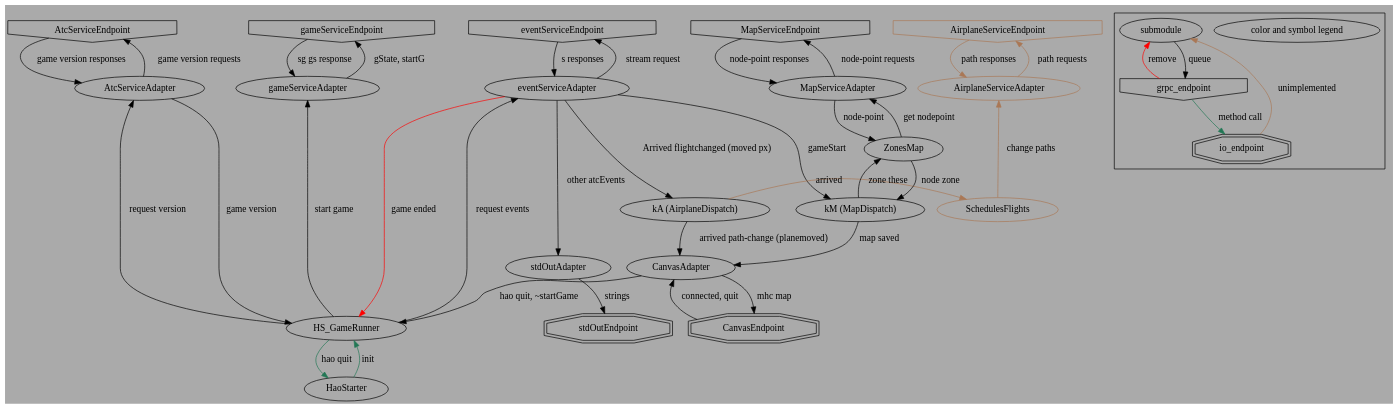
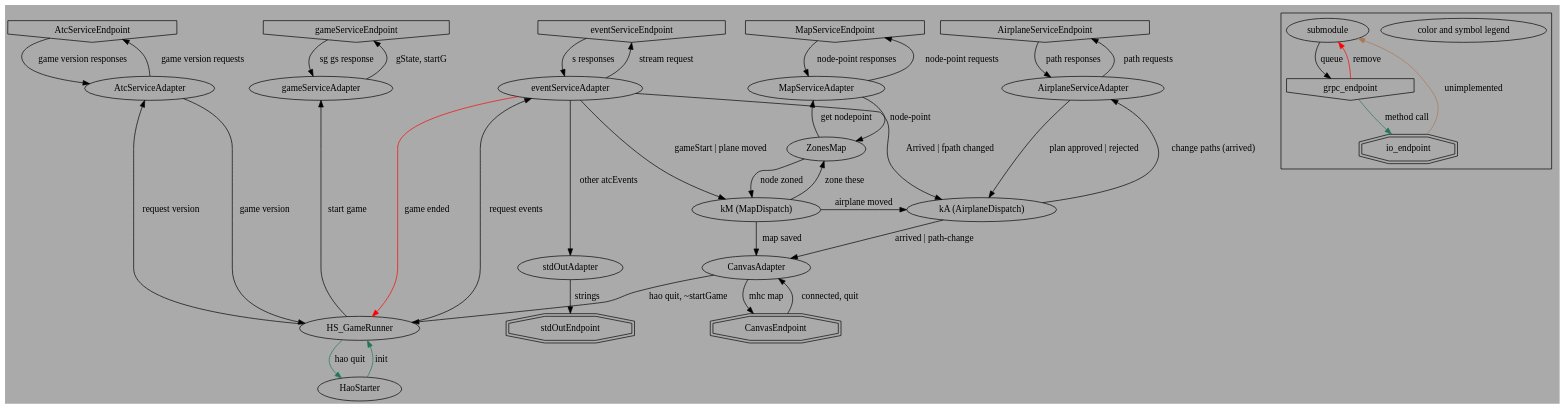
Before and after one commit to Nzen/hircine-anise-okkoz: the diagram in docs/modules/queues.dot, drawn with Graphviz. The commit also changed 21 other files, not shown here.

```diff
--- a/docs/modules/queues.dot
+++ b/docs/modules/queues.dot
@@ -1,118 +1,117 @@
 
 digraph haokkoz_data_flow
 {
 
 /*
 */
 	bgcolor = "#AAAAAA"
 
 	{
 		rank = same;
 		AtcServiceEndpoint [ shape = invhouse ]; # for game version
-		AirplaneServiceEndpoint [ shape = invhouse color = "#AA7755" ]; # for updating flight plans
+		AirplaneServiceEndpoint [ shape = invhouse ]; # for updating flight plans
 		MapServiceEndpoint [ shape = invhouse ]; # for node to point conversion
 		eventServiceEndpoint [ shape = invhouse ]; # for events
 		gameServiceEndpoint [ shape = invhouse ]; # to start games
 	}
 
 	{
 		rank = same;
 		stdOutEndpoint [ shape = doubleoctagon ];
 		CanvasEndpoint [ shape = doubleoctagon ];
 	}
 
 	{
 		rank = same;
-		AirplaneServiceAdapter [ color = "#AA7755" ];
+		AirplaneServiceAdapter;
 		AtcServiceAdapter;
 		eventServiceAdapter;
 		gameServiceAdapter;
 		MapServiceAdapter;
 	}
 
 	{
 		rank = same;
 		CanvasAdapter;
 		stdOutAdapter;
 	}
 
 	{
 		rank = same;
 		knowsAirplanes [ label = "kA (AirplaneDispatch)" ];
 		knowsMap [ label = "kM (MapDispatch)" ];
-		SchedulesFlights [ color = "#AA7755" ];
 	}
 
 	HaoStarter;
 	HS_GameRunner;
 	ZonesMap;
 
 	# [ label = "" ];
 
-	AirplaneServiceAdapter -> AirplaneServiceEndpoint [ label = "path requests" color = "#AA7755" ];
+	AirplaneServiceAdapter -> AirplaneServiceEndpoint [ label = "path requests" ];
+	AirplaneServiceAdapter -> knowsAirplanes [ label = "plan approved | rejected" ];
 
-	AirplaneServiceEndpoint -> AirplaneServiceAdapter [ label = "path responses" color = "#AA7755" ];
+	AirplaneServiceEndpoint -> AirplaneServiceAdapter [ label = "path responses" ];
 
 	AtcServiceAdapter -> AtcServiceEndpoint [ label = "game version requests" ];
 	AtcServiceAdapter -> HS_GameRunner [ label = "game version" ];
 
 	AtcServiceEndpoint -> AtcServiceAdapter [ label = "game version responses" ];
 
 	CanvasEndpoint -> CanvasAdapter [ label = "connected, quit" ];
 
 	CanvasAdapter -> CanvasEndpoint [ label = "mhc map" ];
 	CanvasAdapter -> HS_GameRunner [ label = "hao quit, ~startGame" ];
 
 	eventServiceAdapter -> eventServiceEndpoint [ label = "stream request" ];
-	eventServiceAdapter -> knowsMap [ label = "gameStart" ];
+	eventServiceAdapter -> knowsMap [ label = "gameStart | plane moved" ];
 	eventServiceAdapter -> stdOutAdapter [ label = "other atcEvents" ];
-	eventServiceAdapter -> knowsAirplanes [ label = "Arrived flightchanged (moved px)" ];
+	eventServiceAdapter -> knowsAirplanes [ label = "Arrived | fpath changed" ];
 	eventServiceAdapter -> HS_GameRunner [ label = "game ended" color = "red" ];
 
 	eventServiceEndpoint -> eventServiceAdapter [ label = "s responses" ];
 
 	HaoStarter -> HS_GameRunner [ label = "init" color = "#227755" ];
 
 	HS_GameRunner -> AtcServiceAdapter [ label = "request version" ];
 	HS_GameRunner -> gameServiceAdapter [ label = "start game" ];
 	HS_GameRunner -> HaoStarter [ label = "hao quit" color = "#227755" ];
 	HS_GameRunner -> eventServiceAdapter [ label = "request events" ];
 
 	gameServiceAdapter -> gameServiceEndpoint [ label = "gState, startG" ];
 
 	gameServiceEndpoint -> gameServiceAdapter [ label = "sg gs response" ];
 
-	knowsAirplanes -> CanvasAdapter [ label = "arrived path-change (planemoved)" ];
-	knowsAirplanes -> SchedulesFlights [ label = "arrived" color = "#AA7755" ];
+	knowsAirplanes -> CanvasAdapter [ label = "arrived | path-change" ];
+	knowsAirplanes -> AirplaneServiceAdapter [ label = "change paths (arrived)" ];
 
 	knowsMap -> CanvasAdapter [ label = "map saved" ];
+	knowsMap -> knowsAirplanes [ label = "airplane moved" ];
 	knowsMap -> ZonesMap [ label = "zone these" ];
 
 	MapServiceAdapter -> MapServiceEndpoint [ label = "node-point requests" ];
 	MapServiceAdapter -> ZonesMap [ label = "node-point" ];
 
 	MapServiceEndpoint -> MapServiceAdapter [ label = "node-point responses" ];
 
-	SchedulesFlights -> AirplaneServiceAdapter [ label = "change paths" color = "#AA7755" ];
-
 	stdOutAdapter -> stdOutEndpoint [ label = "strings" ];
 
 	ZonesMap -> MapServiceAdapter [ label = "get nodepoint" ];
-	ZonesMap -> knowsMap [ label = "node zone" ];
+	ZonesMap -> knowsMap [ label = "node zoned" ];
 
 	# ->  [ label = "" ];
 
 	subgraph cluster0 {
 		color_legend [ label = "color and symbol legend" ];
 		submodule;
 		grpc_endpoint [ shape = invhouse ];
 		io_endpoint [ shape = doubleoctagon ];
 
 		submodule -> grpc_endpoint [ label = "queue" ];
 
 		grpc_endpoint -> io_endpoint [ label = "method call" color = "#227755" ];
 		grpc_endpoint -> submodule [ label = "remove" color = "red" ];
 
 		io_endpoint -> submodule [ label = "unimplemented" color = "#AA7755" ];
 	}
 }
```
